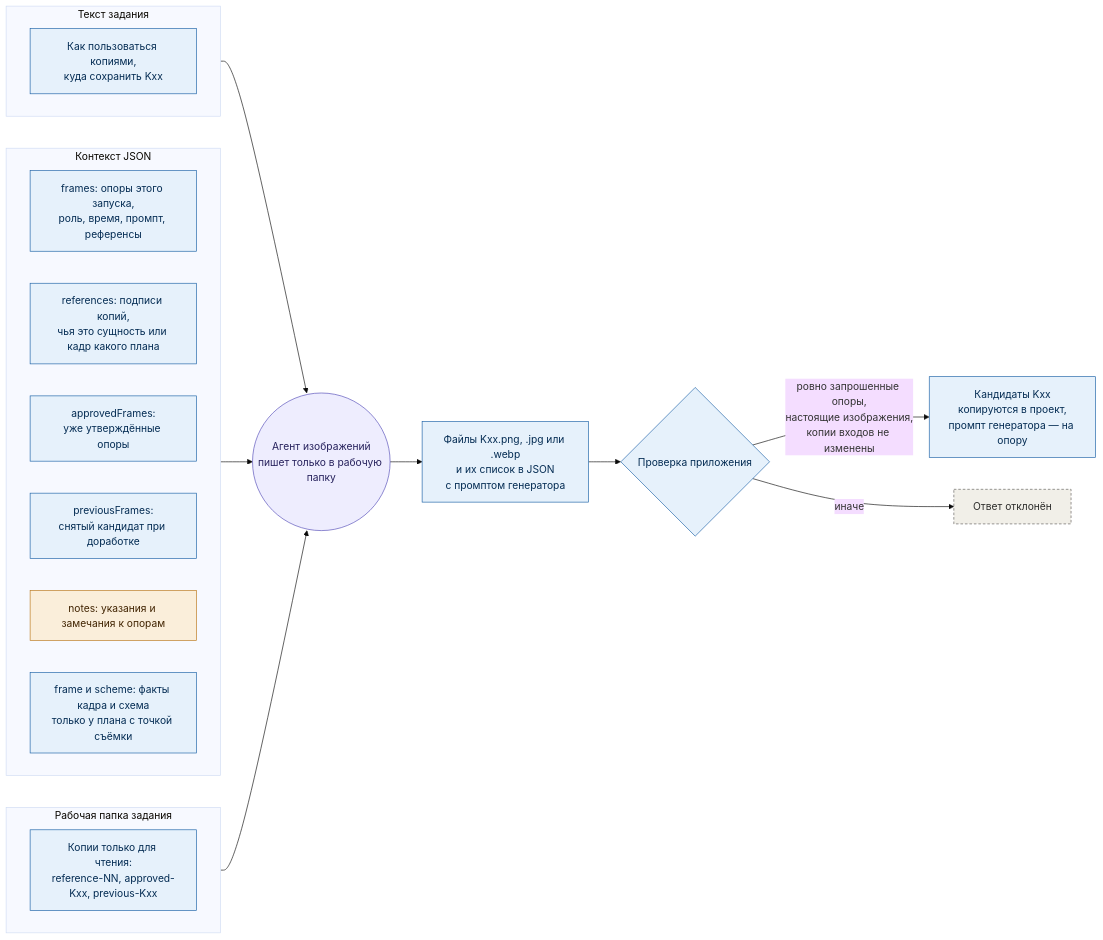
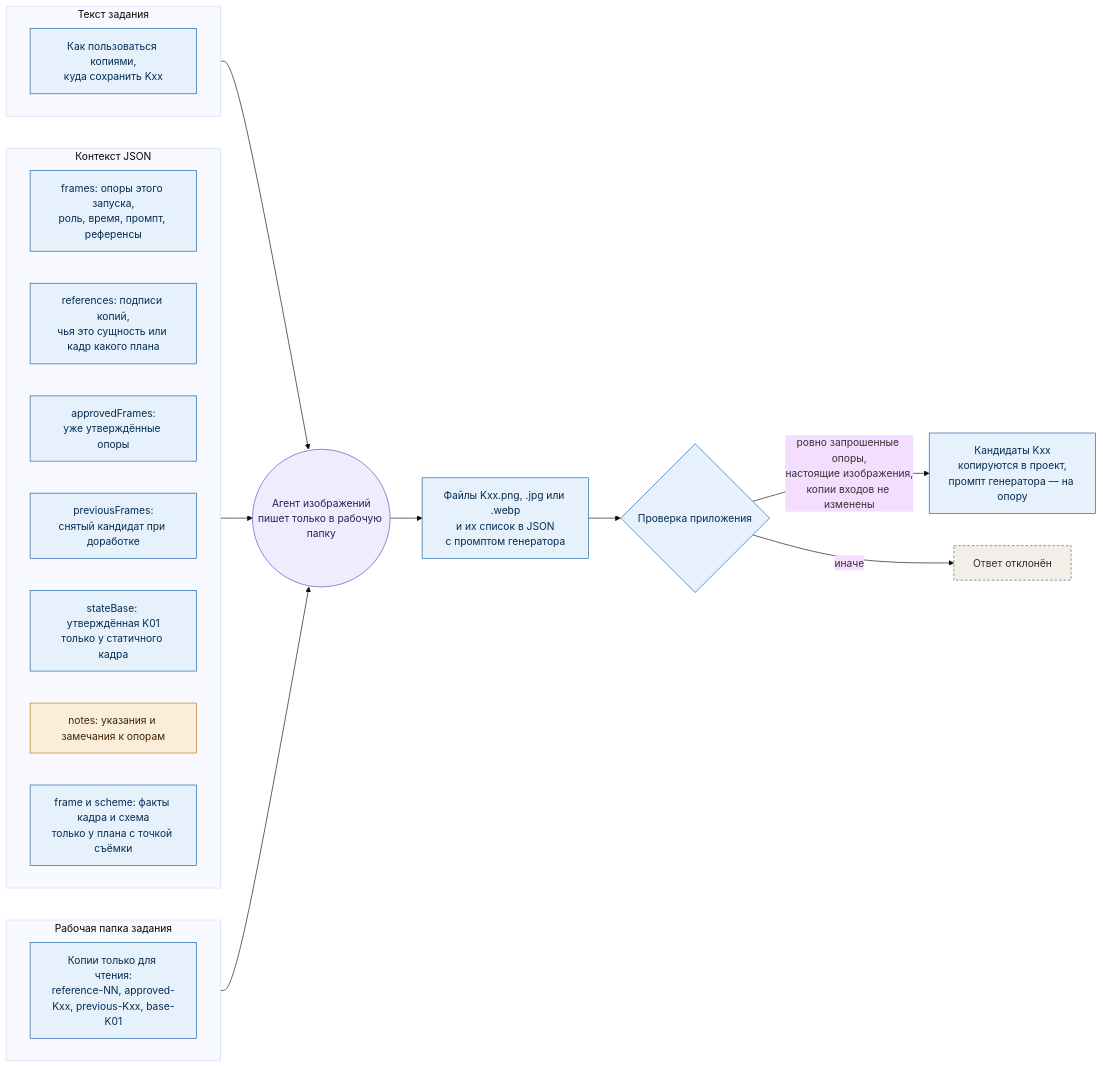
Before and after one commit to ai-animation-tools/songframe: the eighth of 10 diagrams in docs/production-map.md, drawn with Mermaid (base theme). The commit also changed other lines of this file and 81 other files, not shown here.

````diff
--- a/docs/production-map.md
+++ b/docs/production-map.md
@@ -320,37 +324,38 @@
 ```mermaid
 flowchart LR
   subgraph task["Текст задания"]
     direction LR
     howto["Как пользоваться копиями,<br/>куда сохранить Kxx"]
   end
   subgraph context["Контекст JSON"]
     direction LR
     list["frames: опоры этого запуска,<br/>роль, время, промпт, референсы"]
     refs["references: подписи копий,<br/>чья это сущность или кадр какого плана"]
     approved["approvedFrames:<br/>уже утверждённые опоры"]
     previous["previousFrames:<br/>снятый кандидат при доработке"]
+    base["stateBase: утверждённая K01<br/>только у статичного кадра"]
     notes["notes: указания и замечания к опорам"]
     layout["frame и scheme: факты кадра и схема<br/>только у плана с точкой съёмки"]
   end
   subgraph work["Рабочая папка задания"]
     direction LR
-    copies["Копии только для чтения:<br/>reference-NN, approved-Kxx, previous-Kxx"]
+    copies["Копии только для чтения:<br/>reference-NN, approved-Kxx, previous-Kxx, base-K01"]
   end
   task --> agent(("Агент изображений<br/>пишет только в рабочую папку"))
   context --> agent
   work --> agent
   agent --> files["Файлы Kxx.png, .jpg или .webp<br/>и их список в JSON<br/>с промптом генератора"]
   files --> check{"Проверка приложения"}
   check -- "ровно запрошенные опоры,<br/>настоящие изображения,<br/>копии входов не изменены" --> candidate["Кандидаты Kxx<br/>копируются в проект,<br/>промпт генератора — на опору"]
   check -- "иначе" --> rejected["Ответ отклонён"]
 
-  class howto,list,refs,approved,previous,layout,copies app
+  class howto,list,refs,approved,previous,base,layout,copies app
   class notes user
   class agent agent
   class files,check,candidate app
   class rejected bad
   classDef user fill:#FAEEDA,stroke:#BA7517,color:#412402
   classDef agent fill:#EEEDFE,stroke:#534AB7,color:#26215C
   classDef app fill:#E6F1FB,stroke:#185FA5,color:#042C53
   classDef bad fill:#F1EFE8,stroke:#5F5E5A,color:#2C2C2A,stroke-dasharray:4 3
 ```
````
